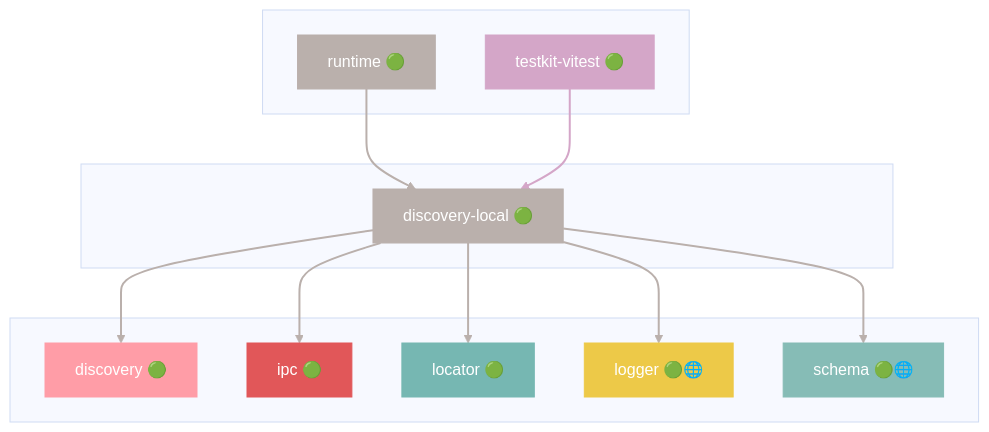
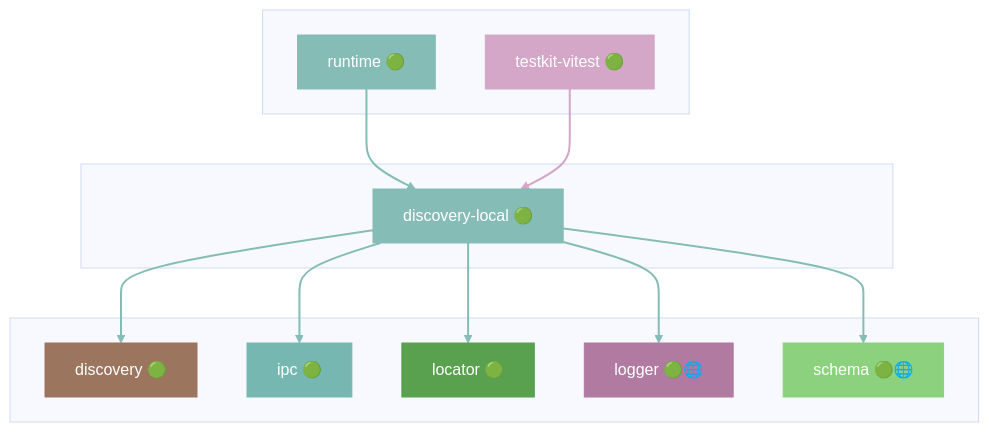
Diagram 12 of 41 in docs/DEPENDENCIES.md (grest-ts/grest-ts), drawn with Mermaid (base theme) before and after one commit. The commit also changed other lines of this file and 29 other files, not shown here.

````diff
--- a/docs/DEPENDENCIES.md
+++ b/docs/DEPENDENCIES.md
@@ -703,39 +713,39 @@
 ```mermaid
 flowchart TB
     subgraph Dependents[" "]
         runtime["runtime 🟢"]
         testkit-vitest["testkit-vitest 🟢"]
     end
     subgraph Package[" "]
         discovery-local["discovery-local 🟢"]
     end
     subgraph Dependencies[" "]
         discovery["discovery 🟢"]
         ipc["ipc 🟢"]
         locator["locator 🟢"]
         logger["logger 🟢🌐"]
         schema["schema 🟢🌐"]
     end
     runtime --> discovery-local
     testkit-vitest --> discovery-local
     discovery-local --> discovery
     discovery-local --> ipc
     discovery-local --> locator
     discovery-local --> logger
     discovery-local --> schema
-    style discovery-local fill:#BAB0AC,stroke:#BAB0AC,color:#fff
-    style runtime fill:#BAB0AC,stroke:#BAB0AC,color:#fff
+    style discovery-local fill:#86BCB6,stroke:#86BCB6,color:#fff
+    style runtime fill:#86BCB6,stroke:#86BCB6,color:#fff
     style testkit-vitest fill:#D4A6C8,stroke:#D4A6C8,color:#fff
-    style discovery fill:#FF9DA7,stroke:#FF9DA7,color:#fff
-    style ipc fill:#E15759,stroke:#E15759,color:#fff
-    style locator fill:#76B7B2,stroke:#76B7B2,color:#fff
-    style logger fill:#EDC948,stroke:#EDC948,color:#fff
-    style schema fill:#86BCB6,stroke:#86BCB6,color:#fff
-    linkStyle 0 stroke:#BAB0AC,stroke-width:2px
+    style discovery fill:#9C755F,stroke:#9C755F,color:#fff
+    style ipc fill:#76B7B2,stroke:#76B7B2,color:#fff
+    style locator fill:#59A14F,stroke:#59A14F,color:#fff
+    style logger fill:#B07AA1,stroke:#B07AA1,color:#fff
+    style schema fill:#8CD17D,stroke:#8CD17D,color:#fff
+    linkStyle 0 stroke:#86BCB6,stroke-width:2px
     linkStyle 1 stroke:#D4A6C8,stroke-width:2px
-    linkStyle 2 stroke:#BAB0AC,stroke-width:2px
-    linkStyle 3 stroke:#BAB0AC,stroke-width:2px
-    linkStyle 4 stroke:#BAB0AC,stroke-width:2px
-    linkStyle 5 stroke:#BAB0AC,stroke-width:2px
-    linkStyle 6 stroke:#BAB0AC,stroke-width:2px
+    linkStyle 2 stroke:#86BCB6,stroke-width:2px
+    linkStyle 3 stroke:#86BCB6,stroke-width:2px
+    linkStyle 4 stroke:#86BCB6,stroke-width:2px
+    linkStyle 5 stroke:#86BCB6,stroke-width:2px
+    linkStyle 6 stroke:#86BCB6,stroke-width:2px
 ```
````
